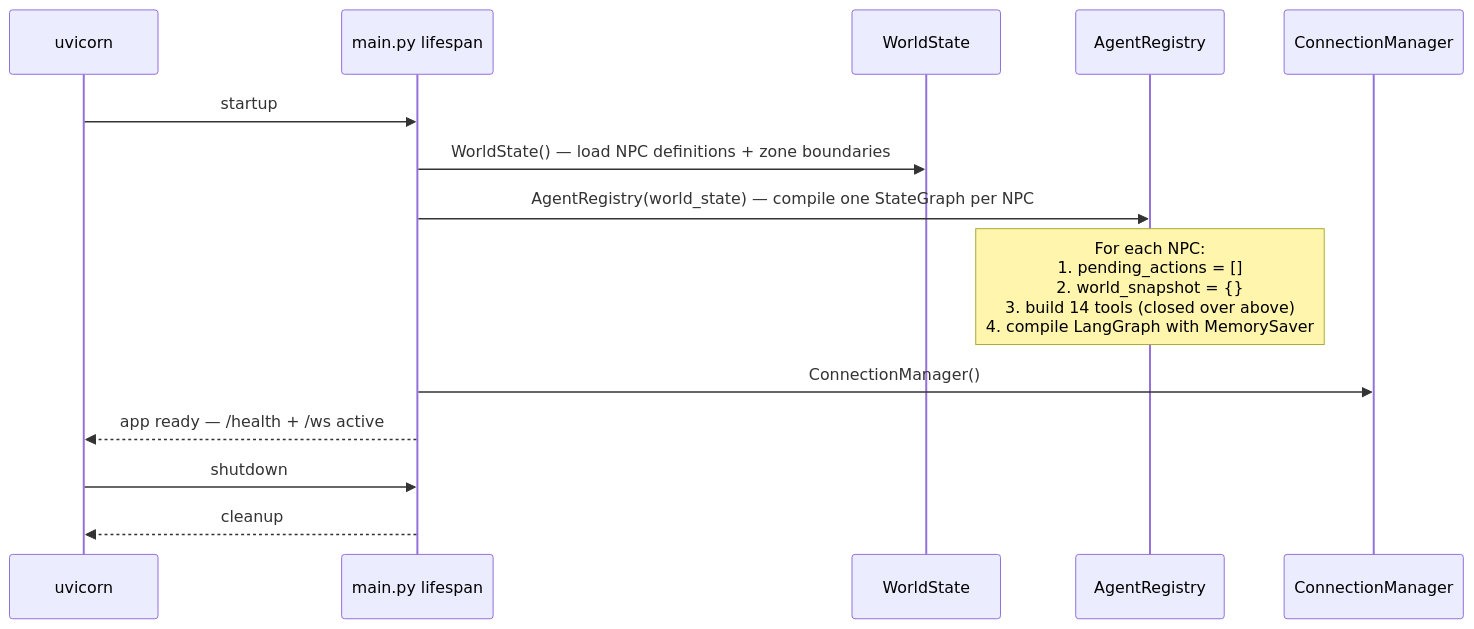
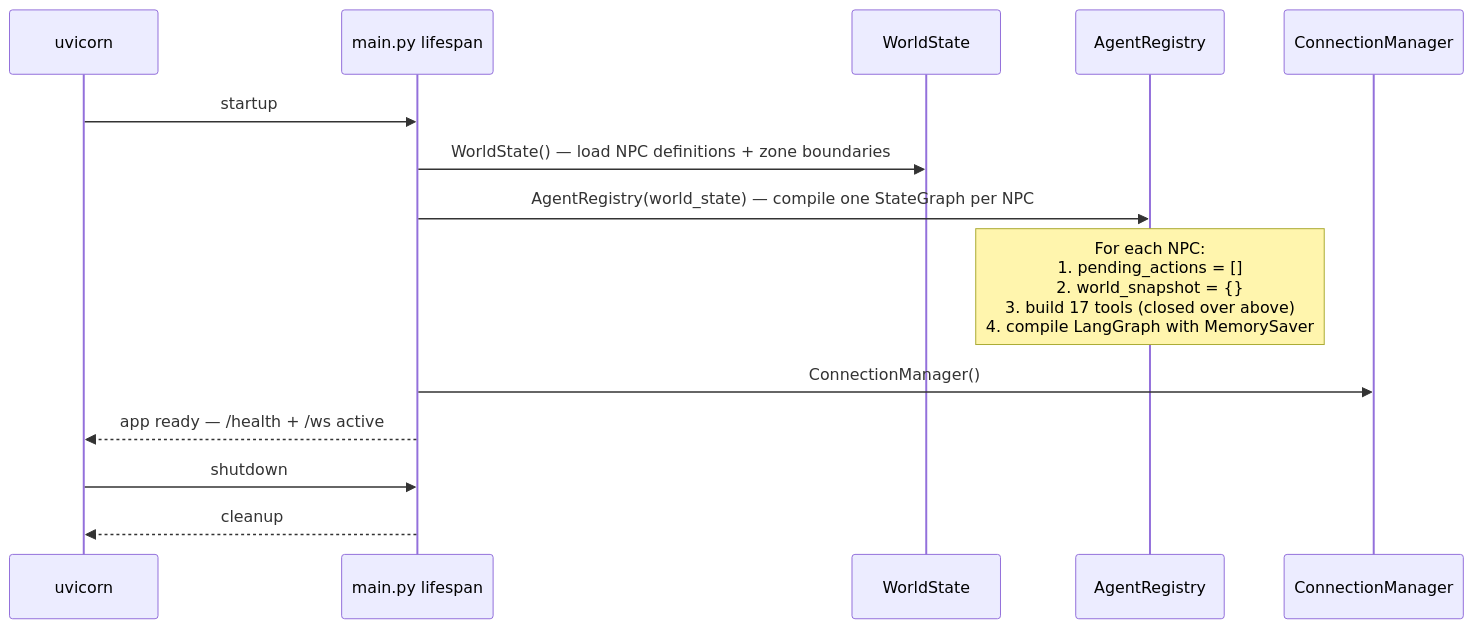
The second of 11 diagrams in server/ARCHITECTURE.md (Zaexv/world-of-prompcraft), drawn with Mermaid before and after one commit. The commit also changed other lines of this file and 61 other files, not shown here.

````diff
--- a/server/ARCHITECTURE.md
+++ b/server/ARCHITECTURE.md
@@ -58,18 +58,18 @@
 ```mermaid
 sequenceDiagram
     participant UV as uvicorn
     participant MA as main.py lifespan
     participant WS as WorldState
     participant AR as AgentRegistry
     participant CM as ConnectionManager
 
     UV->>MA: startup
     MA->>WS: WorldState() — load NPC definitions + zone boundaries
     MA->>AR: AgentRegistry(world_state) — compile one StateGraph per NPC
-    Note over AR: For each NPC:<br/>1. pending_actions = []<br/>2. world_snapshot = {}<br/>3. build 14 tools (closed over above)<br/>4. compile LangGraph with MemorySaver
+    Note over AR: For each NPC:<br/>1. pending_actions = []<br/>2. world_snapshot = {}<br/>3. build 17 tools (closed over above)<br/>4. compile LangGraph with MemorySaver
     MA->>CM: ConnectionManager()
     MA-->>UV: app ready — /health + /ws active
 
     UV->>MA: shutdown
     MA-->>UV: cleanup
 ```
````
